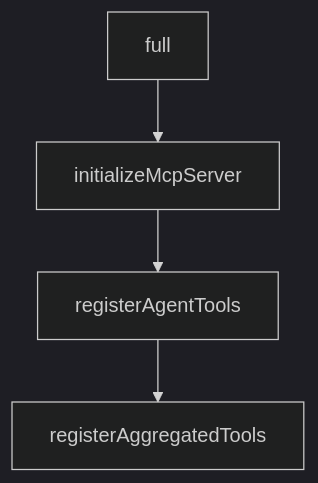
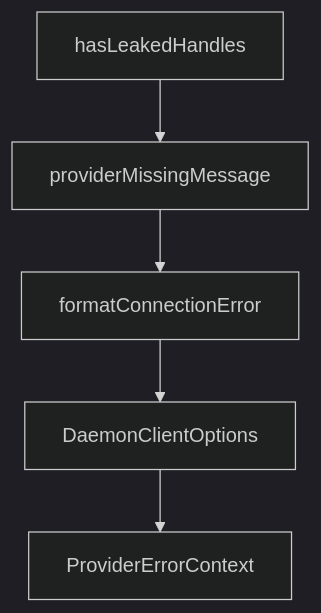
One commit to johnxie/awesome-code-docs changed the diagram in tutorials/cipher-tutorial/07-deployment-and-operations-modes.md. Above: the diagram before and after it, drawn with Mermaid (dark theme). The commit also changed other lines of this file and 1232 other files, not shown here.

````diff
--- a/tutorials/cipher-tutorial/07-deployment-and-operations-modes.md
+++ b/tutorials/cipher-tutorial/07-deployment-and-operations-modes.md
@@ -210,10 +208,12 @@
 ```mermaid
 flowchart TD
-    A[full]
-    B[initializeMcpServer]
-    C[registerAgentTools]
-    D[registerAggregatedTools]
+    A[hasLeakedHandles]
+    B[providerMissingMessage]
+    C[formatConnectionError]
+    D[DaemonClientOptions]
+    E[ProviderErrorContext]
     A --> B
     B --> C
     C --> D
+    D --> E
 ```
````
